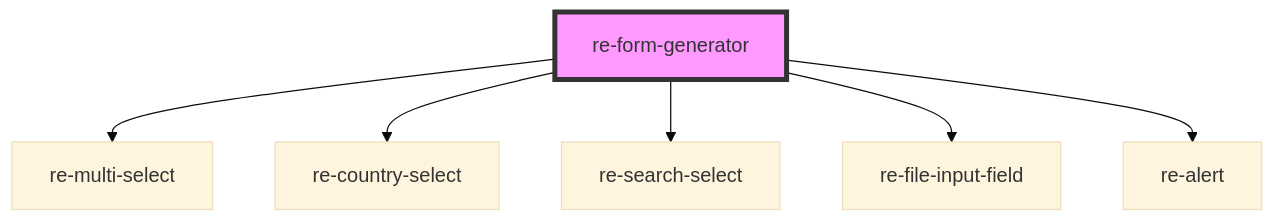
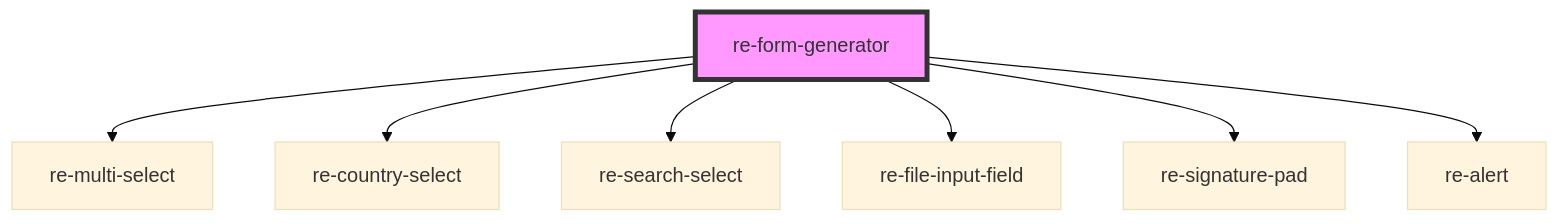
One commit to balance3840/form-generator changed the diagram in src/components/re-form-generator/readme.md. Above: the diagram before and after it, drawn with Mermaid (base theme). The commit also changed other lines of this file and 15 other files, not shown here.

````diff
--- a/src/components/re-form-generator/readme.md
+++ b/src/components/re-form-generator/readme.md
@@ -130,9 +152,10 @@
 ```mermaid
 graph TD;
   re-form-generator --> re-multi-select
   re-form-generator --> re-country-select
   re-form-generator --> re-search-select
   re-form-generator --> re-file-input-field
+  re-form-generator --> re-signature-pad
   re-form-generator --> re-alert
   style re-form-generator fill:#f9f,stroke:#333,stroke-width:4px
 ```
````
